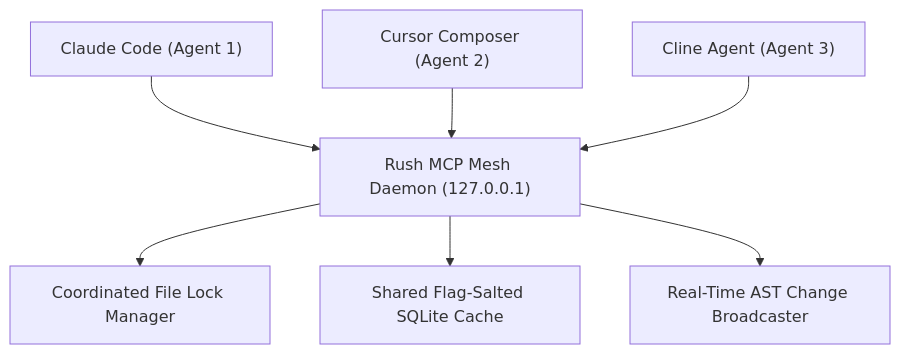
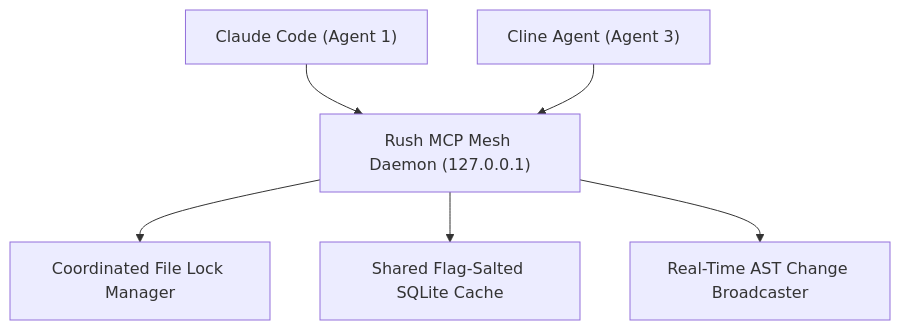
One commit to jamesdsizemore/rush-cli changed the eighth of 9 diagrams in docs/innovation-enhancement-report.md. Above: the diagram before and after it, drawn with Mermaid. The commit also changed other lines of this file and 61 other files, not shown here.

````diff
--- a/docs/innovation-enhancement-report.md
+++ b/docs/innovation-enhancement-report.md
@@ -789,9 +789,8 @@
 ```mermaid
 flowchart TD
     ClaudeCode["Claude Code (Agent 1)"] --> MeshDaemon["Rush MCP Mesh Daemon (127.0.0.1)"]
-    Cursor["Cursor Composer (Agent 2)"] --> MeshDaemon
     Cline["Cline Agent (Agent 3)"] --> MeshDaemon
     MeshDaemon --> LockMgr["Coordinated File Lock Manager"]
     MeshDaemon --> SharedCache["Shared Flag-Salted SQLite Cache"]
     MeshDaemon --> Broadcaster["Real-Time AST Change Broadcaster"]
 ```
````
